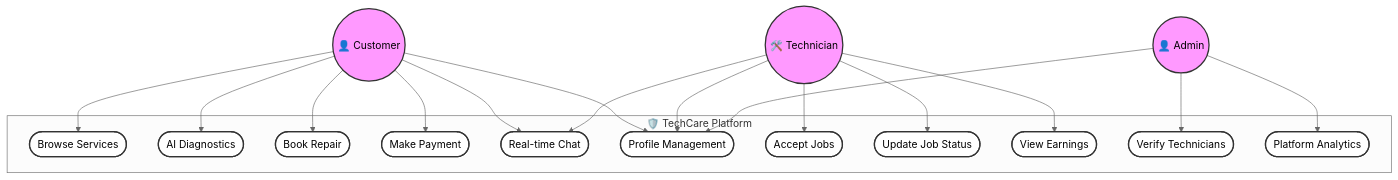
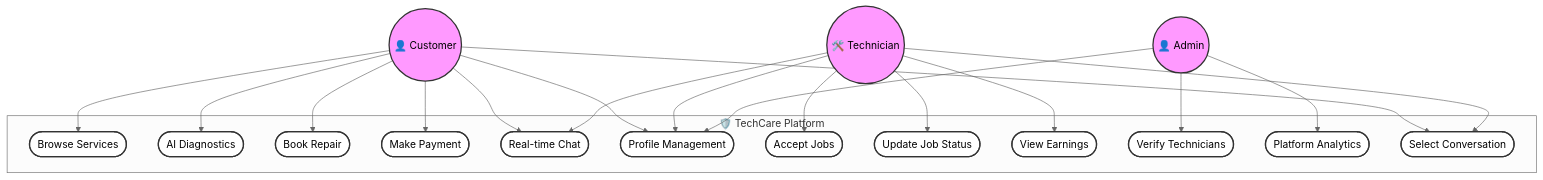
The ninth of 15 diagrams in README.md (Irchika774/Tech-Care_official), drawn with Mermaid (neutral theme) before and after one commit. The commit also changed other lines of this file and 6 other files, not shown here.

````diff
--- a/README.md
+++ b/README.md
@@ -384,40 +424,43 @@
 ```mermaid
 graph TD
     classDef actor fill:#f9f,stroke:#333,stroke-width:2px;
     classDef usecase fill:#fff,stroke:#333,stroke-width:2px,rx:20,ry:20;
 
     Customer((👤 Customer)):::actor
     Technician((🛠️ Technician)):::actor
     Admin((👤 Admin)):::actor
 
     subgraph Platform["🛡️ TechCare Platform"]
         UC1([Browse Services]):::usecase
         UC2([AI Diagnostics]):::usecase
         UC3([Book Repair]):::usecase
         UC4([Make Payment]):::usecase
         UC5([Real-time Chat]):::usecase
         UC6([Profile Management]):::usecase
         UC7([Accept Jobs]):::usecase
         UC8([Update Job Status]):::usecase
         UC9([View Earnings]):::usecase
         UC10([Verify Technicians]):::usecase
         UC11([Platform Analytics]):::usecase
+        UC12([Select Conversation]):::usecase
     end
 
     Customer --> UC1
     Customer --> UC2
     Customer --> UC3
     Customer --> UC4
     Customer --> UC5
     Customer --> UC6
+    Customer --> UC12
 
     Technician --> UC7
     Technician --> UC8
     Technician --> UC9
     Technician --> UC5
     Technician --> UC6
+    Technician --> UC12
 
     Admin --> UC10
     Admin --> UC11
     Admin --> UC6
 ```
````
